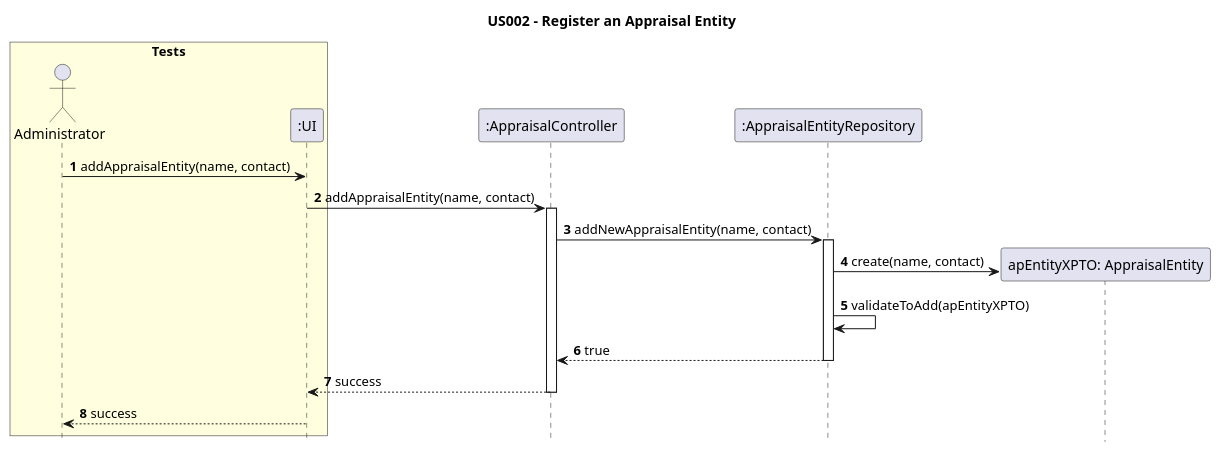
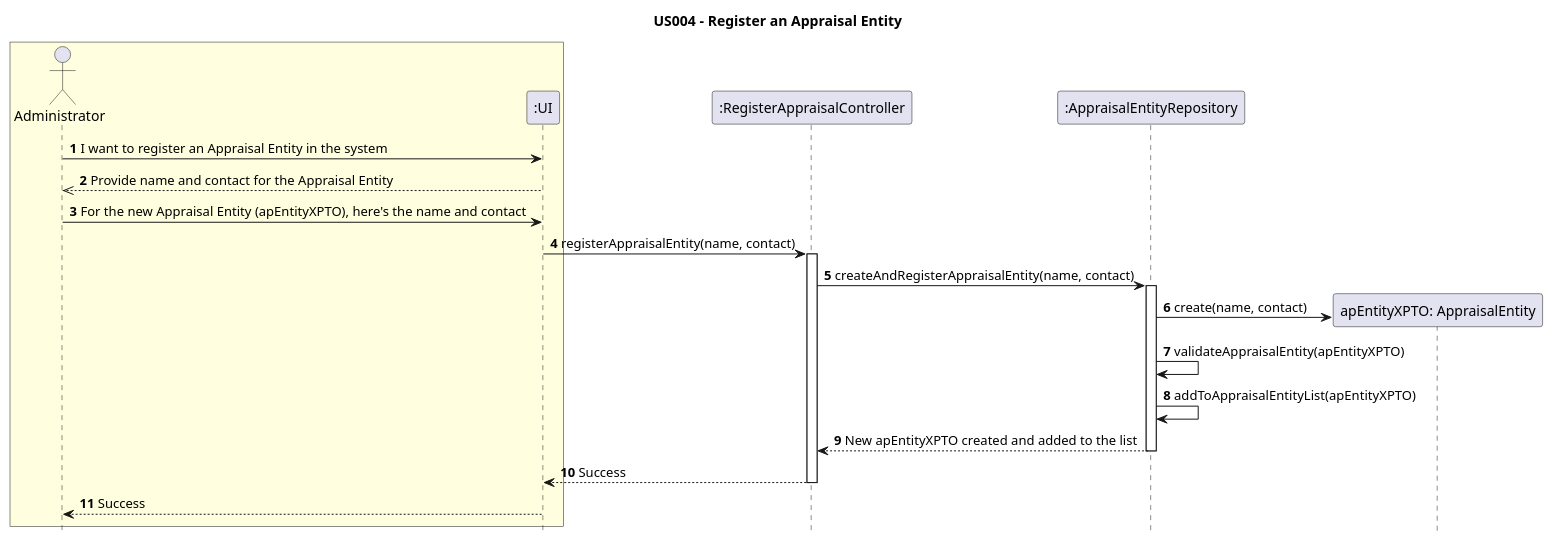
Before and after one commit to AndrePereiraGitH/SWitCH-Project-Team_A: the diagram in Diagrams/SequenceDiagrams/N2/US004-to-register-an-appraisal-entity.puml, drawn with PlantUML. The commit also changed 5 other files, not shown here.

Commit message:
Working on #23 #26, updating Sequence Digram and Class Diagram

```diff
--- a/Diagrams/SequenceDiagrams/N2/US004-to-register-an-appraisal-entity.puml
+++ b/Diagrams/SequenceDiagrams/N2/US004-to-register-an-appraisal-entity.puml
@@ -1,37 +1,48 @@
 @startuml
 
 hide footbox
-title US002 - Register an Appraisal Entity
 
-box "Tests" #LightYellow
+title US004 - Register an Appraisal Entity
+
+box #LightYellow
 actor Administrator
 participant ":UI" as UI
 end box
 
-participant ":AppraisalController" as AppraisalController
+participant ":RegisterAppraisalController" as RegisterAppraisalController
+
 participant ":AppraisalEntityRepository" as AppraisalEntityRepository
 
-Administrator -> UI : **1** addAppraisalEntity(name, contact)
+' Human communication started by Administrator
+Administrator -> UI : **1** I want to register an Appraisal Entity in the system
+UI -->> Administrator : **2** Provide name and contact for the Appraisal Entity
+Administrator -> UI : **3** For the new Appraisal Entity (apEntityXPTO), here's the name and contact
 
-UI -> AppraisalController : **2** addAppraisalEntity(name, contact)
-activate AppraisalController
+' First contact between UI and the System
+UI -> RegisterAppraisalController : **4** registerAppraisalEntity(name, contact)
+activate RegisterAppraisalController
 
-AppraisalController -> AppraisalEntityRepository : **3** addNewAppraisalEntity(name, contact)
+' Communication between RegisterAppraisalController and AppraisalEntityRepository
+RegisterAppraisalController -> AppraisalEntityRepository : **5** createAndRegisterAppraisalEntity(name, contact)
 activate AppraisalEntityRepository
 
+' Creation of new AppraisalEntity
 create "apEntityXPTO: AppraisalEntity" as AppraisalEntity
-AppraisalEntityRepository -> AppraisalEntity : **4** create(name, contact)
 
+' Creation, validation and addition made in AppraisalEntityRepository
+AppraisalEntityRepository -> AppraisalEntity : **6** create(name, contact)
+AppraisalEntityRepository -> AppraisalEntityRepository : **7** validateAppraisalEntity(apEntityXPTO)
+AppraisalEntityRepository -> AppraisalEntityRepository : **8** addToAppraisalEntityList(apEntityXPTO)
 
-    AppraisalEntityRepository -> AppraisalEntityRepository : **5** validateToAdd(apEntityXPTO)
-
-
-AppraisalEntityRepository --> AppraisalController : **6** true
+' Return from AppraisalEntityRepository to RegisterAppraisalController
+AppraisalEntityRepository --> RegisterAppraisalController : **9** New apEntityXPTO created and added to the list
 deactivate AppraisalEntityRepository
 
-AppraisalController --> UI : **7** success
-deactivate AppraisalController
+' Return from RegisterAppraisalConstroller to the UI
+RegisterAppraisalController --> UI : **10** Success
+deactivate RegisterAppraisalController
 
-UI --> Administrator : **8** success
+' Return from UI to Administrator
+UI --> Administrator : **11** Success
 
 @enduml
```
